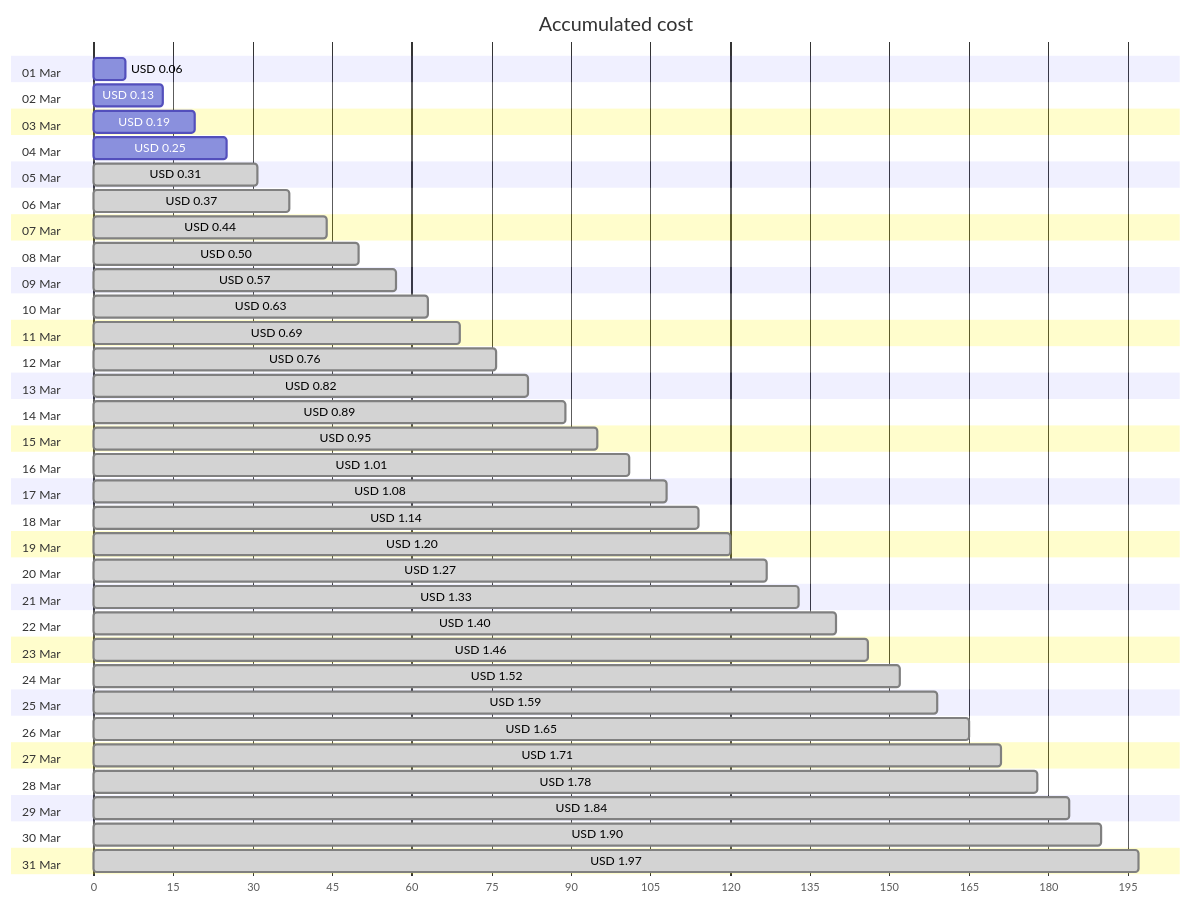
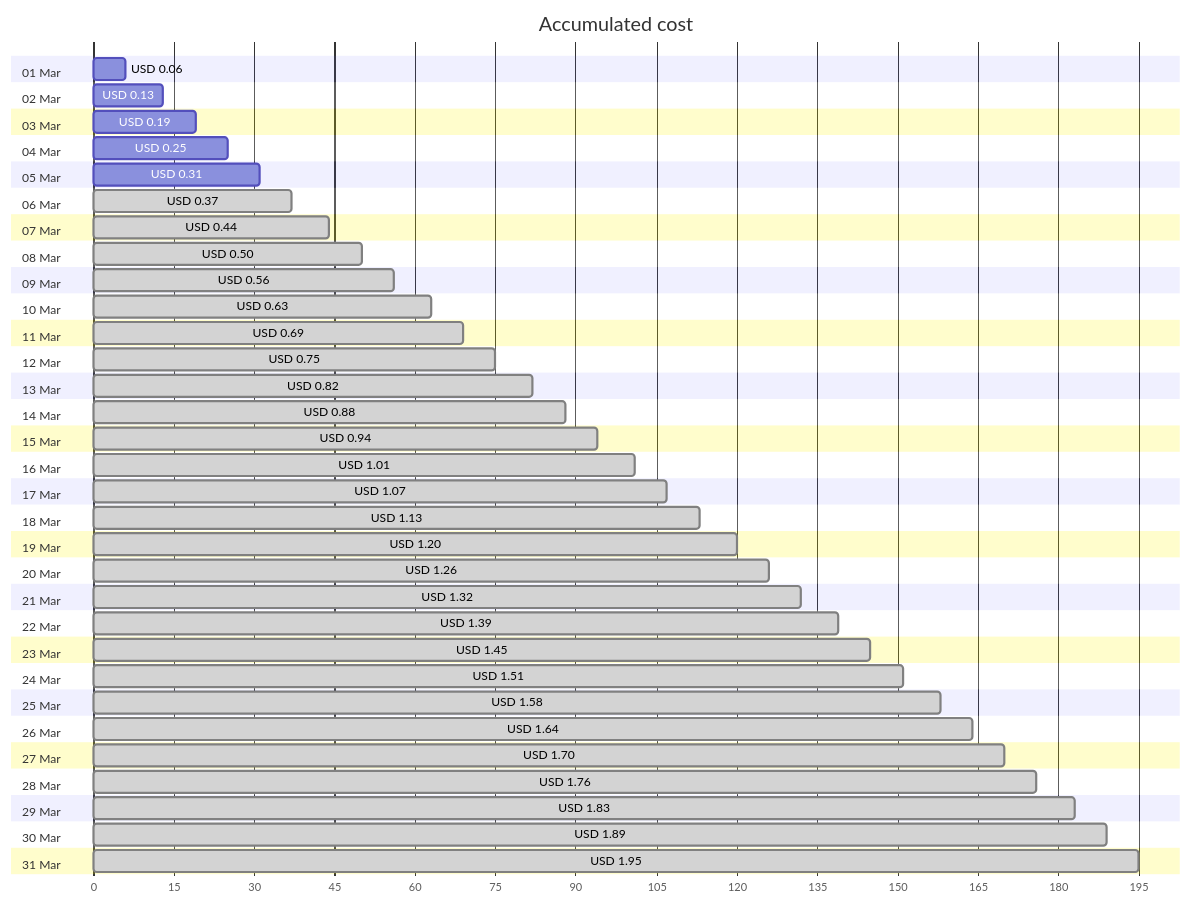
Before and after one commit to jpfulton/azure-personal-reports: the first of 4 diagrams in cost-reports/personal-network/backup-server_OsDisk.md, drawn with Mermaid. The commit also changed other lines of this file and 8 other files, not shown here.

````diff
--- a/cost-reports/personal-network/backup-server_OsDisk.md
+++ b/cost-reports/personal-network/backup-server_OsDisk.md
@@ -20,68 +20,68 @@
 ```mermaid
 gantt
    title Accumulated cost
    dateFormat  X
    axisFormat %s
    section 01 Mar
    USD 0.06 :0, 6
    section 02 Mar
    USD 0.13 :0, 13
    section 03 Mar
    USD 0.19 :0, 19
    section 04 Mar
    USD 0.25 :0, 25
    section 05 Mar
-   USD 0.31 : done, 0, 31
+   USD 0.31 :0, 31
    section 06 Mar
    USD 0.37 : done, 0, 37
    section 07 Mar
    USD 0.44 : done, 0, 44
    section 08 Mar
    USD 0.50 : done, 0, 50
    section 09 Mar
-   USD 0.57 : done, 0, 57
+   USD 0.56 : done, 0, 56
    section 10 Mar
    USD 0.63 : done, 0, 63
    section 11 Mar
    USD 0.69 : done, 0, 69
    section 12 Mar
-   USD 0.76 : done, 0, 76
+   USD 0.75 : done, 0, 75
    section 13 Mar
    USD 0.82 : done, 0, 82
    section 14 Mar
-   USD 0.89 : done, 0, 89
+   USD 0.88 : done, 0, 88
    section 15 Mar
-   USD 0.95 : done, 0, 95
+   USD 0.94 : done, 0, 94
    section 16 Mar
    USD 1.01 : done, 0, 101
    section 17 Mar
-   USD 1.08 : done, 0, 108
+   USD 1.07 : done, 0, 107
    section 18 Mar
-   USD 1.14 : done, 0, 114
+   USD 1.13 : done, 0, 113
    section 19 Mar
    USD 1.20 : done, 0, 120
    section 20 Mar
-   USD 1.27 : done, 0, 127
+   USD 1.26 : done, 0, 126
    section 21 Mar
-   USD 1.33 : done, 0, 133
+   USD 1.32 : done, 0, 132
    section 22 Mar
-   USD 1.40 : done, 0, 140
+   USD 1.39 : done, 0, 139
    section 23 Mar
-   USD 1.46 : done, 0, 146
+   USD 1.45 : done, 0, 145
    section 24 Mar
-   USD 1.52 : done, 0, 152
+   USD 1.51 : done, 0, 151
    section 25 Mar
-   USD 1.59 : done, 0, 159
+   USD 1.58 : done, 0, 158
    section 26 Mar
-   USD 1.65 : done, 0, 165
+   USD 1.64 : done, 0, 164
    section 27 Mar
-   USD 1.71 : done, 0, 171
+   USD 1.70 : done, 0, 170
    section 28 Mar
-   USD 1.78 : done, 0, 178
+   USD 1.76 : done, 0, 176
    section 29 Mar
-   USD 1.84 : done, 0, 184
+   USD 1.83 : done, 0, 183
    section 30 Mar
-   USD 1.90 : done, 0, 190
+   USD 1.89 : done, 0, 189
    section 31 Mar
-   USD 1.97 : done, 0, 197
+   USD 1.95 : done, 0, 195
 ```
````
